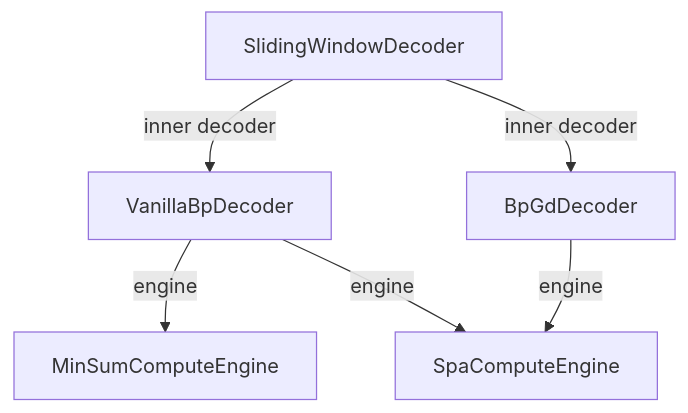
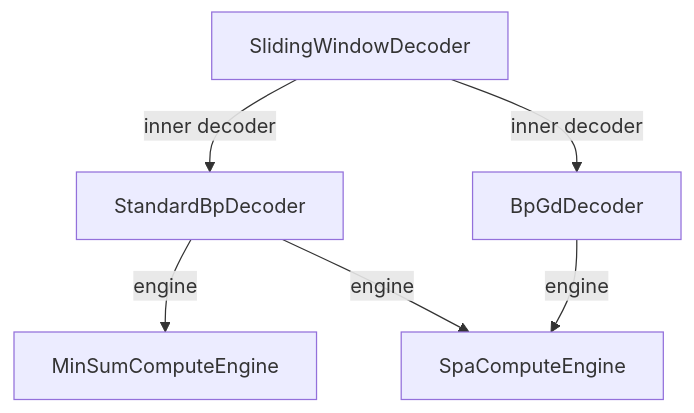
Before and after one commit to antsouchlos/rust-qldpc-sliding-window-decoding: the diagram in README.md, drawn with Mermaid. The commit also changed 8 other files, not shown here.

Commit message:
Rename Vanilla* to Standard*

````diff
--- a/README.md
+++ b/README.md
@@ -48,14 +48,14 @@
 ```mermaid
 flowchart TB
     SW[SlidingWindowDecoder]
-    VD[VanillaBpDecoder]
+    VD[StandardBpDecoder]
     GD[BpGdDecoder]
     MS[MinSumComputeEngine]
     SPA[SpaComputeEngine]
 
     SW -->|inner decoder| VD
     SW -->|inner decoder| GD
     VD -->|engine| MS
     VD -->|engine| SPA
     GD -->|engine| SPA
 ```
````
